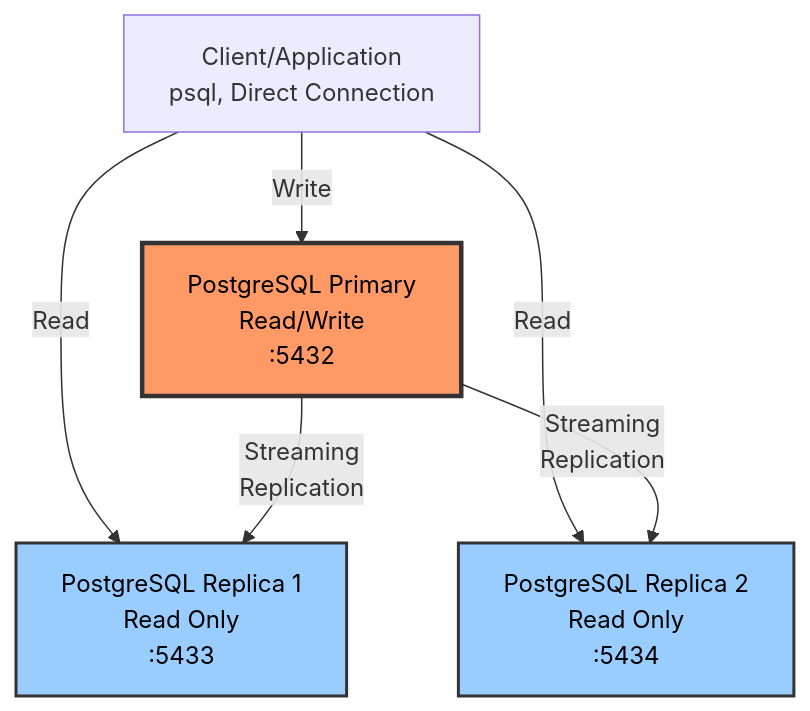
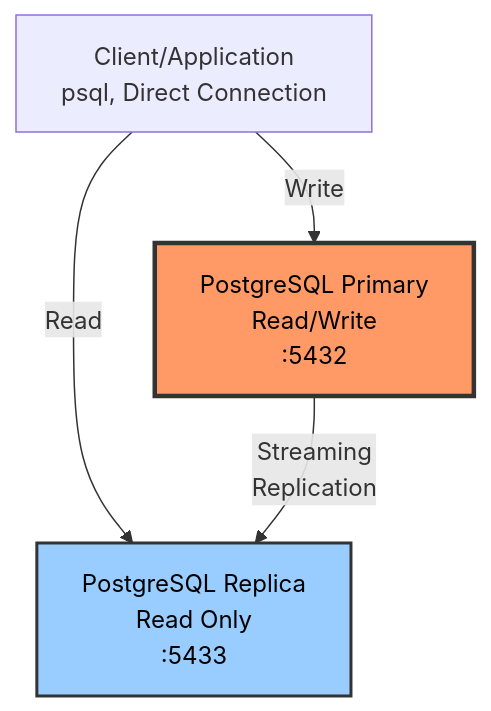
One commit to endymuhardin/training-sre-junior-2025-02 changed the third of 5 diagrams in belajar-ha/README.md. Above: the diagram before and after it, drawn with Mermaid. The commit also changed 1 other file, not shown here.

Commit message:
Update diagram Demo 2: hapus Replica2, hanya Primary + Replica
Perubahan arsitektur Demo 2:
- Hapus PostgreSQL Replica 2 dari diagram
- Sekarang hanya Primary (:5432) + Replica (:5433)
- Simplifikasi nama: "Replica 1" → "Replica"
- Update di parent README dan demo-2-stateful-ha README
- Text deskripsi tetap generic (tidak spesifik jumlah replica)

🤖 Generated with [Claude Code](https://claude.com/claude-code)

````diff
--- a/belajar-ha/README.md
+++ b/belajar-ha/README.md
@@ -126,19 +126,15 @@
 ```mermaid
 graph TB
     Client[Client/Application<br/>psql, Direct Connection]
 
     Primary[PostgreSQL Primary<br/>Read/Write<br/>:5432]
-    Replica1[PostgreSQL Replica 1<br/>Read Only<br/>:5433]
-    Replica2[PostgreSQL Replica 2<br/>Read Only<br/>:5434]
+    Replica1[PostgreSQL Replica<br/>Read Only<br/>:5433]
 
     Client -->|Write| Primary
     Client -->|Read| Replica1
-    Client -->|Read| Replica2
 
     Primary -->|Streaming<br/>Replication| Replica1
-    Primary -->|Streaming<br/>Replication| Replica2
 
     style Primary fill:#f96,stroke:#333,stroke-width:3px,color:#000
     style Replica1 fill:#9cf,stroke:#333,stroke-width:2px,color:#000
-    style Replica2 fill:#9cf,stroke:#333,stroke-width:2px,color:#000
 ```
````
